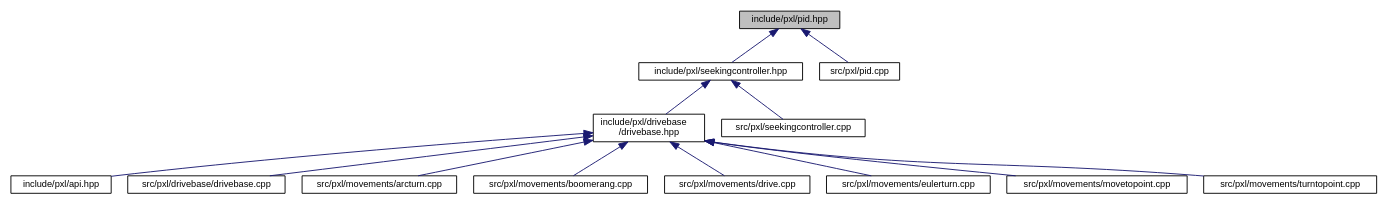
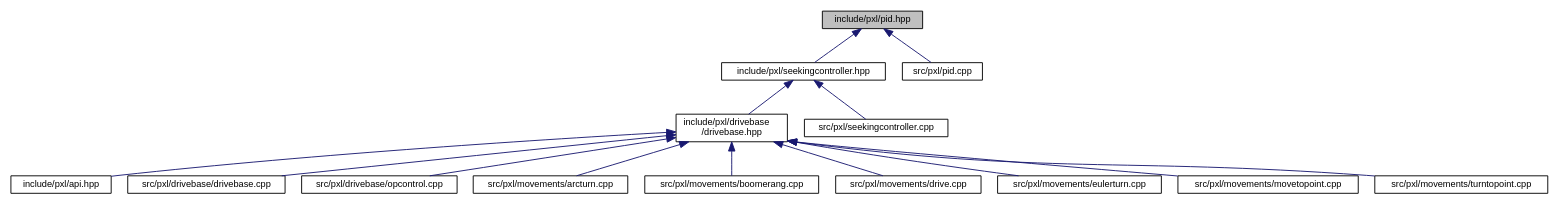
One commit to Pixel-Lib/Pixel changed the diagram in pid_8hpp__dep__incl.dot. Above: the diagram before and after it, drawn with Graphviz. The commit also changed 285 other files, not shown here.

```diff
--- a/pid_8hpp__dep__incl.dot
+++ b/pid_8hpp__dep__incl.dot
@@ -1,31 +1,33 @@
 digraph "include/pxl/pid.hpp"
 {
  // LATEX_PDF_SIZE
   edge [fontname="Helvetica",fontsize="10",labelfontname="Helvetica",labelfontsize="10"];
   node [fontname="Helvetica",fontsize="10",shape=record];
   Node1 [label="include/pxl/pid.hpp",height=0.2,width=0.4,color="black", fillcolor="grey75", style="filled", fontcolor="black",tooltip=" "];
   Node1 -> Node2 [dir="back",color="midnightblue",fontsize="10",style="solid",fontname="Helvetica"];
   Node2 [label="include/pxl/seekingcontroller.hpp",height=0.2,width=0.4,color="black", fillcolor="white", style="filled",URL="$seekingcontroller_8hpp.html",tooltip=" "];
   Node2 -> Node3 [dir="back",color="midnightblue",fontsize="10",style="solid",fontname="Helvetica"];
   Node3 [label="include/pxl/drivebase\l/drivebase.hpp",height=0.2,width=0.4,color="black", fillcolor="white", style="filled",URL="$drivebase_8hpp.html",tooltip=" "];
   Node3 -> Node4 [dir="back",color="midnightblue",fontsize="10",style="solid",fontname="Helvetica"];
   Node4 [label="include/pxl/api.hpp",height=0.2,width=0.4,color="black", fillcolor="white", style="filled",URL="$api_8hpp.html",tooltip=" "];
   Node3 -> Node5 [dir="back",color="midnightblue",fontsize="10",style="solid",fontname="Helvetica"];
   Node5 [label="src/pxl/drivebase/drivebase.cpp",height=0.2,width=0.4,color="black", fillcolor="white", style="filled",URL="$drivebase_8cpp.html",tooltip=" "];
   Node3 -> Node6 [dir="back",color="midnightblue",fontsize="10",style="solid",fontname="Helvetica"];
-  Node6 [label="src/pxl/movements/arcturn.cpp",height=0.2,width=0.4,color="black", fillcolor="white", style="filled",URL="$arcturn_8cpp.html",tooltip=" "];
+  Node6 [label="src/pxl/drivebase/opcontrol.cpp",height=0.2,width=0.4,color="black", fillcolor="white", style="filled",URL="$opcontrol_8cpp.html",tooltip=" "];
   Node3 -> Node7 [dir="back",color="midnightblue",fontsize="10",style="solid",fontname="Helvetica"];
-  Node7 [label="src/pxl/movements/boomerang.cpp",height=0.2,width=0.4,color="black", fillcolor="white", style="filled",URL="$boomerang_8cpp.html",tooltip=" "];
+  Node7 [label="src/pxl/movements/arcturn.cpp",height=0.2,width=0.4,color="black", fillcolor="white", style="filled",URL="$arcturn_8cpp.html",tooltip=" "];
   Node3 -> Node8 [dir="back",color="midnightblue",fontsize="10",style="solid",fontname="Helvetica"];
-  Node8 [label="src/pxl/movements/drive.cpp",height=0.2,width=0.4,color="black", fillcolor="white", style="filled",URL="$drive_8cpp.html",tooltip=" "];
+  Node8 [label="src/pxl/movements/boomerang.cpp",height=0.2,width=0.4,color="black", fillcolor="white", style="filled",URL="$boomerang_8cpp.html",tooltip=" "];
   Node3 -> Node9 [dir="back",color="midnightblue",fontsize="10",style="solid",fontname="Helvetica"];
-  Node9 [label="src/pxl/movements/eulerturn.cpp",height=0.2,width=0.4,color="black", fillcolor="white", style="filled",URL="$eulerturn_8cpp.html",tooltip=" "];
+  Node9 [label="src/pxl/movements/drive.cpp",height=0.2,width=0.4,color="black", fillcolor="white", style="filled",URL="$drive_8cpp.html",tooltip=" "];
   Node3 -> Node10 [dir="back",color="midnightblue",fontsize="10",style="solid",fontname="Helvetica"];
-  Node10 [label="src/pxl/movements/movetopoint.cpp",height=0.2,width=0.4,color="black", fillcolor="white", style="filled",URL="$movetopoint_8cpp.html",tooltip=" "];
+  Node10 [label="src/pxl/movements/eulerturn.cpp",height=0.2,width=0.4,color="black", fillcolor="white", style="filled",URL="$eulerturn_8cpp.html",tooltip=" "];
   Node3 -> Node11 [dir="back",color="midnightblue",fontsize="10",style="solid",fontname="Helvetica"];
-  Node11 [label="src/pxl/movements/turntopoint.cpp",height=0.2,width=0.4,color="black", fillcolor="white", style="filled",URL="$turntopoint_8cpp.html",tooltip=" "];
-  Node2 -> Node12 [dir="back",color="midnightblue",fontsize="10",style="solid",fontname="Helvetica"];
-  Node12 [label="src/pxl/seekingcontroller.cpp",height=0.2,width=0.4,color="black", fillcolor="white", style="filled",URL="$seekingcontroller_8cpp.html",tooltip=" "];
-  Node1 -> Node13 [dir="back",color="midnightblue",fontsize="10",style="solid",fontname="Helvetica"];
-  Node13 [label="src/pxl/pid.cpp",height=0.2,width=0.4,color="black", fillcolor="white", style="filled",URL="$pid_8cpp.html",tooltip=" "];
+  Node11 [label="src/pxl/movements/movetopoint.cpp",height=0.2,width=0.4,color="black", fillcolor="white", style="filled",URL="$movetopoint_8cpp.html",tooltip=" "];
+  Node3 -> Node12 [dir="back",color="midnightblue",fontsize="10",style="solid",fontname="Helvetica"];
+  Node12 [label="src/pxl/movements/turntopoint.cpp",height=0.2,width=0.4,color="black", fillcolor="white", style="filled",URL="$turntopoint_8cpp.html",tooltip=" "];
+  Node2 -> Node13 [dir="back",color="midnightblue",fontsize="10",style="solid",fontname="Helvetica"];
+  Node13 [label="src/pxl/seekingcontroller.cpp",height=0.2,width=0.4,color="black", fillcolor="white", style="filled",URL="$seekingcontroller_8cpp.html",tooltip=" "];
+  Node1 -> Node14 [dir="back",color="midnightblue",fontsize="10",style="solid",fontname="Helvetica"];
+  Node14 [label="src/pxl/pid.cpp",height=0.2,width=0.4,color="black", fillcolor="white", style="filled",URL="$pid_8cpp.html",tooltip=" "];
 }
```
